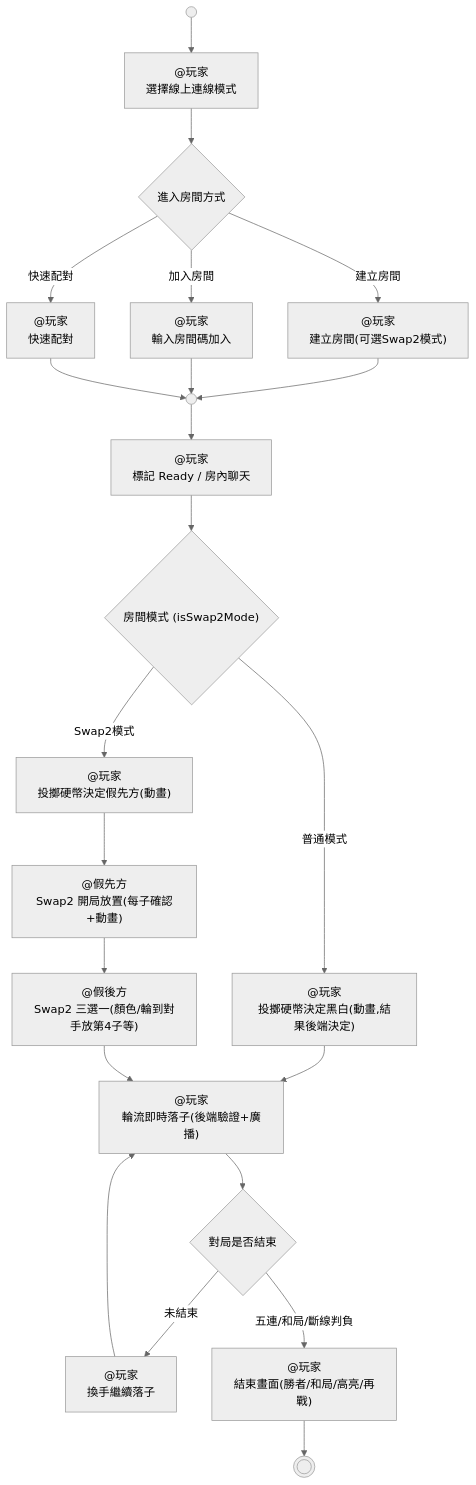
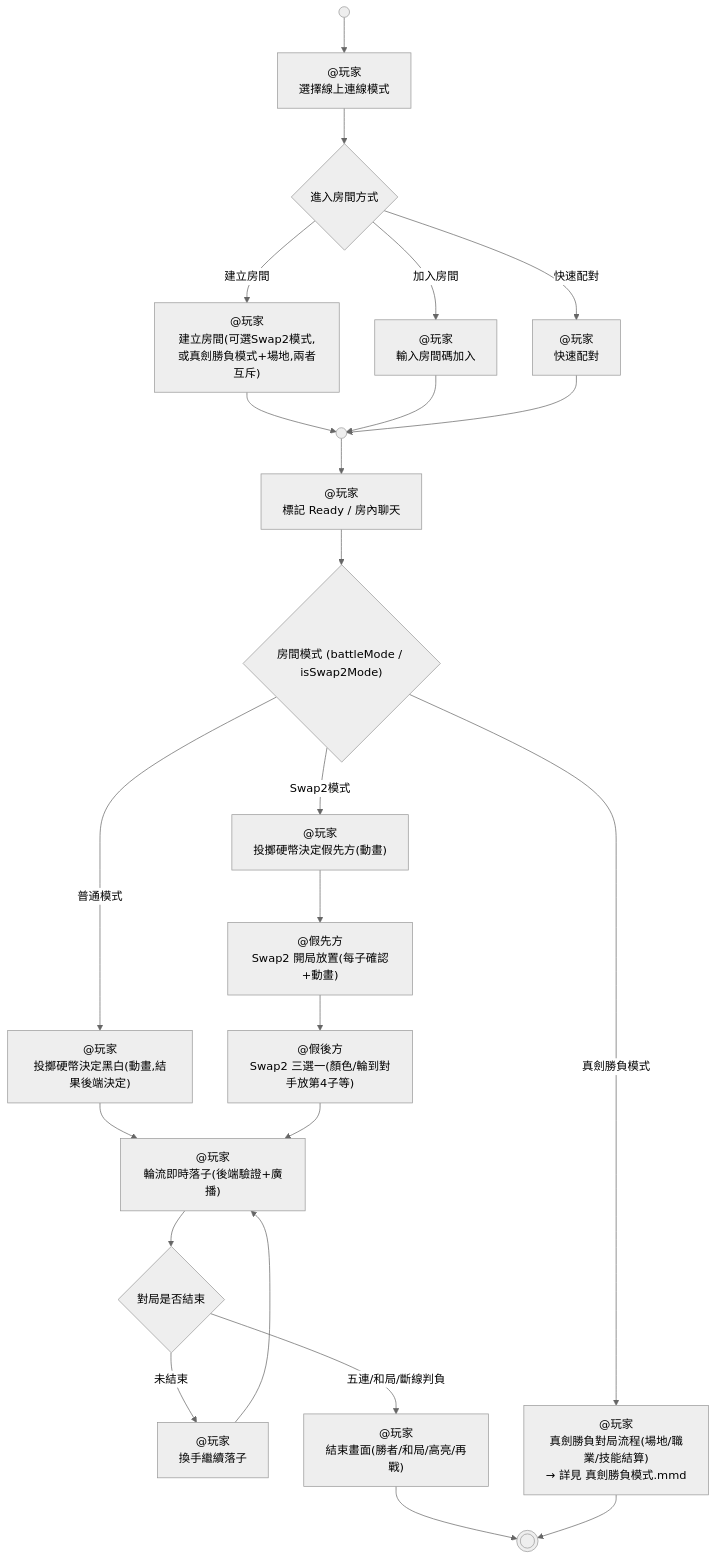
One commit to Che-Chuan-Ku/onepage_product changed the diagram in specs/activities/線上連線對戰.mmd. Above: the diagram before and after it, drawn with Mermaid (neutral theme). The commit also changed 31 other files, not shown here.

Commit message:
docs(duel): 真劍勝負需求 #34-48 規格增量（需求明細、澄清紀錄、分析、specs 全套）

```diff
--- a/specs/activities/線上連線對戰.mmd
+++ b/specs/activities/線上連線對戰.mmd
@@ -1,86 +1,92 @@
 %% ═══ 區段一：Activity 標頭與 Actor 宣告 ═══
 %% [ACTIVITY] 線上連線對戰（房間 → Ready → 開局 → 對局 → 結束）
 %% [ACTOR] 註冊玩家 -> {specs/actors/註冊玩家.md}
 %% [ACTOR] 訪客玩家 -> {specs/actors/訪客玩家.md}
 
 flowchart TD
 
 %% ═══ 區段二：節點定義 ═══
 
     Start(( ))
 
     %% [STEP:1] @註冊玩家 {specs/ui/模式選擇首頁.md}
     S1["@玩家<br/>選擇線上連線模式"]
 
     %% [DECISION:1a] 進入房間方式
     D1a{"進入房間方式"}
 
-    %% [BRANCH:1a:建立] @註冊玩家 {features/room/建立房間.feature}
-    B1a_create["@玩家<br/>建立房間(可選Swap2模式)"]
+    %% [BRANCH:1a:建立] @註冊玩家 {features/room/建立房間.feature, features/room/真劍勝負房間建立與場地選擇.feature}
+    B1a_create["@玩家<br/>建立房間(可選Swap2模式,或真劍勝負模式+場地,兩者互斥)"]
 
     %% [BRANCH:1a:加入] @註冊玩家 {features/room/加入房間.feature}
     B1a_join["@玩家<br/>輸入房間碼加入"]
 
     %% [BRANCH:1a:配對] @註冊玩家 {features/room/快速配對.feature}
     B1a_match["@玩家<br/>快速配對"]
 
     %% [MERGE:1a]
     M1a(( ))
 
     %% [STEP:2] @註冊玩家 {features/room/標記準備與聊天.feature}
     S2["@玩家<br/>標記 Ready / 房內聊天"]
 
-    %% [DECISION:2a] 雙方皆 Ready 後判斷房間模式（內建系統依 isSwap2Mode 路由）
-    D2a{"房間模式 (isSwap2Mode)"}
+    %% [DECISION:2a] 雙方皆 Ready 後判斷房間模式（內建系統依 battleMode/isSwap2Mode 路由，三者互斥）
+    D2a{"房間模式 (battleMode / isSwap2Mode)"}
 
     %% [STEP:3] @註冊玩家 {features/game/投擲硬幣決定先手.feature}
     %% 普通模式：硬幣決定黑白
     S3["@玩家<br/>投擲硬幣決定黑白(動畫,結果後端決定)"]
 
     %% [STEP:4] @註冊玩家 {features/game/投擲硬幣決定先手.feature}
     %% Swap2 模式：硬幣決定假先方
     S4["@玩家<br/>投擲硬幣決定假先方(動畫)"]
 
     %% [STEP:5] @註冊玩家 {features/opening/Swap2開局放置.feature}
     S5["@假先方<br/>Swap2 開局放置(每子確認+動畫)"]
 
     %% [STEP:6] @註冊玩家 {features/opening/Swap2選擇.feature}
     S6["@假後方<br/>Swap2 三選一(顏色/輪到對手放第4子等)"]
 
     %% [STEP:7] @註冊玩家 {features/game/線上落子.feature}
     S7["@玩家<br/>輪流即時落子(後端驗證+廣播)"]
 
     %% [DECISION:7a] 落子後勝負判定（內建 GameLogic）
     D7a{"對局是否結束"}
 
     %% [BRANCH:7a:未結束 -> 7] @註冊玩家 {features/game/線上落子.feature}
     B7a_cont["@玩家<br/>換手繼續落子"]
 
     %% [STEP:8] @註冊玩家 {specs/ui/對局結束畫面.md}
     S8["@玩家<br/>結束畫面(勝者/和局/高亮/再戰)"]
 
+    %% [BRANCH:2a:真劍勝負] @玩家 {specs/activities/真劍勝負模式.mmd}
+    %% 場地/職業選擇、回合技能結算、唯一勝負判定等細節見獨立活動圖，與 Swap2 互斥（需求 #34 Q9）
+    B2a_duel["@玩家<br/>真劍勝負對局流程(場地/職業/技能結算)<br/>→ 詳見 真劍勝負模式.mmd"]
+
     End((( )))
 
 %% ═══ 區段三：邊（連線）定義 ═══
 
     Start --> S1
     S1 --> D1a
     D1a -- 建立房間 --> B1a_create
     D1a -- 加入房間 --> B1a_join
     D1a -- 快速配對 --> B1a_match
     B1a_create --> M1a
     B1a_join --> M1a
     B1a_match --> M1a
     M1a --> S2
     S2 --> D2a
     D2a -- 普通模式 --> S3
     D2a -- Swap2模式 --> S4
+    D2a -- 真劍勝負模式 --> B2a_duel
     S3 --> S7
     S4 --> S5
     S5 --> S6
     S6 --> S7
     S7 --> D7a
     D7a -- 未結束 --> B7a_cont
     B7a_cont --> S7
     D7a -- 五連/和局/斷線判負 --> S8
     S8 --> End
+    B2a_duel --> End
```
